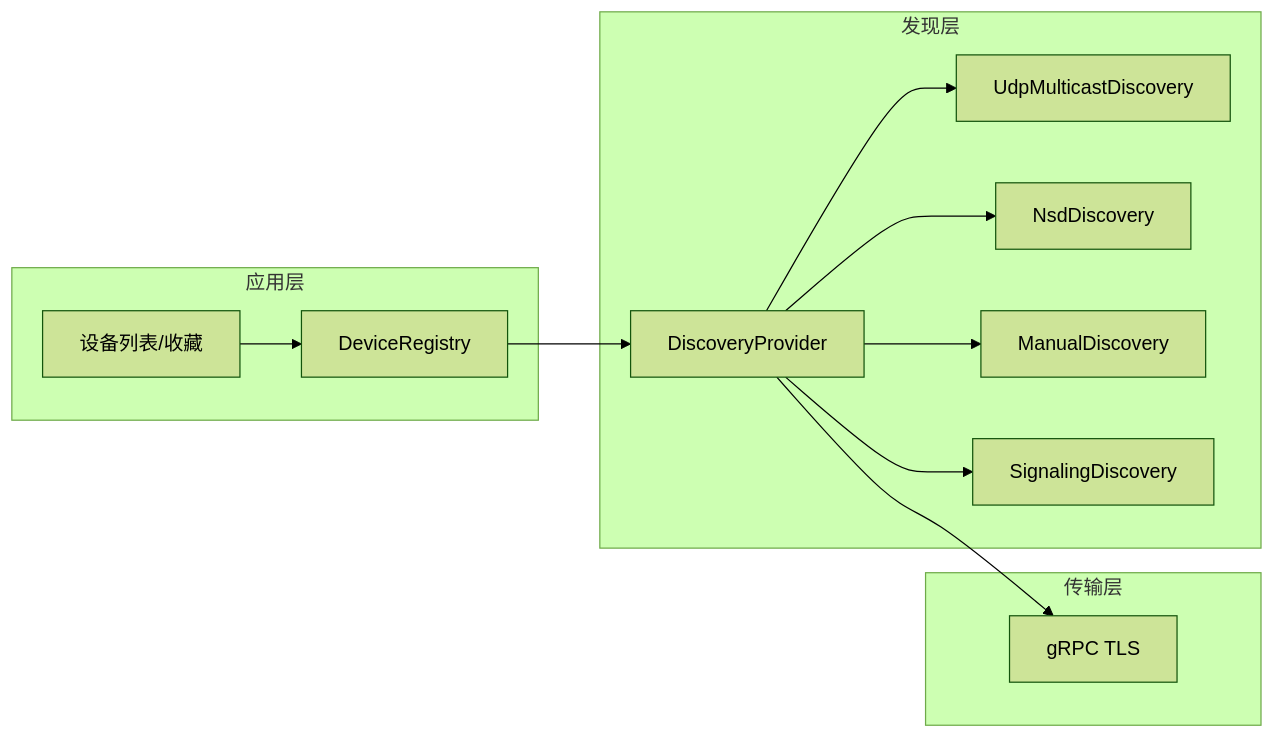
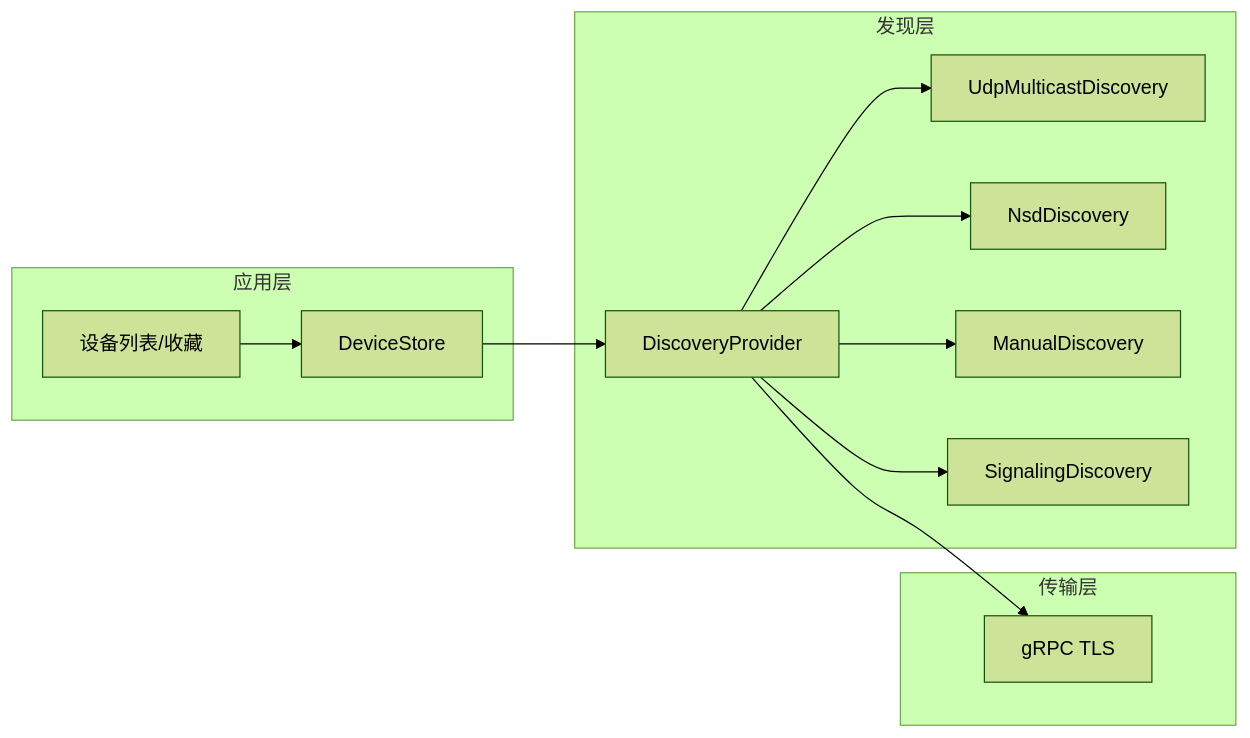
Before and after one commit to obby-xiang/LocalScreenShareAndroid: the fourth of 4 diagrams in docs/discovery-research.md, drawn with Mermaid (forest theme). The commit also changed other lines of this file and 3 other files, not shown here.

````diff
--- a/docs/discovery-research.md
+++ b/docs/discovery-research.md
@@ -413,24 +416,24 @@
 ```mermaid
 flowchart LR
     subgraph App[应用层]
         UI[设备列表/收藏]
-        REG[DeviceRegistry]
+        REG[DeviceStore]
     end
     subgraph Discovery[发现层]
         DP[DiscoveryProvider]
         UDP[UdpMulticastDiscovery]
         NSD[NsdDiscovery]
         MAN[ManualDiscovery]
         SIG[SignalingDiscovery]
     end
     subgraph Transport[传输层]
         GRPC[gRPC TLS]
     end
     UI --> REG
     REG --> DP
     DP --> UDP
     DP --> NSD
     DP --> MAN
     DP --> SIG
     DP --> GRPC
 ```
````
